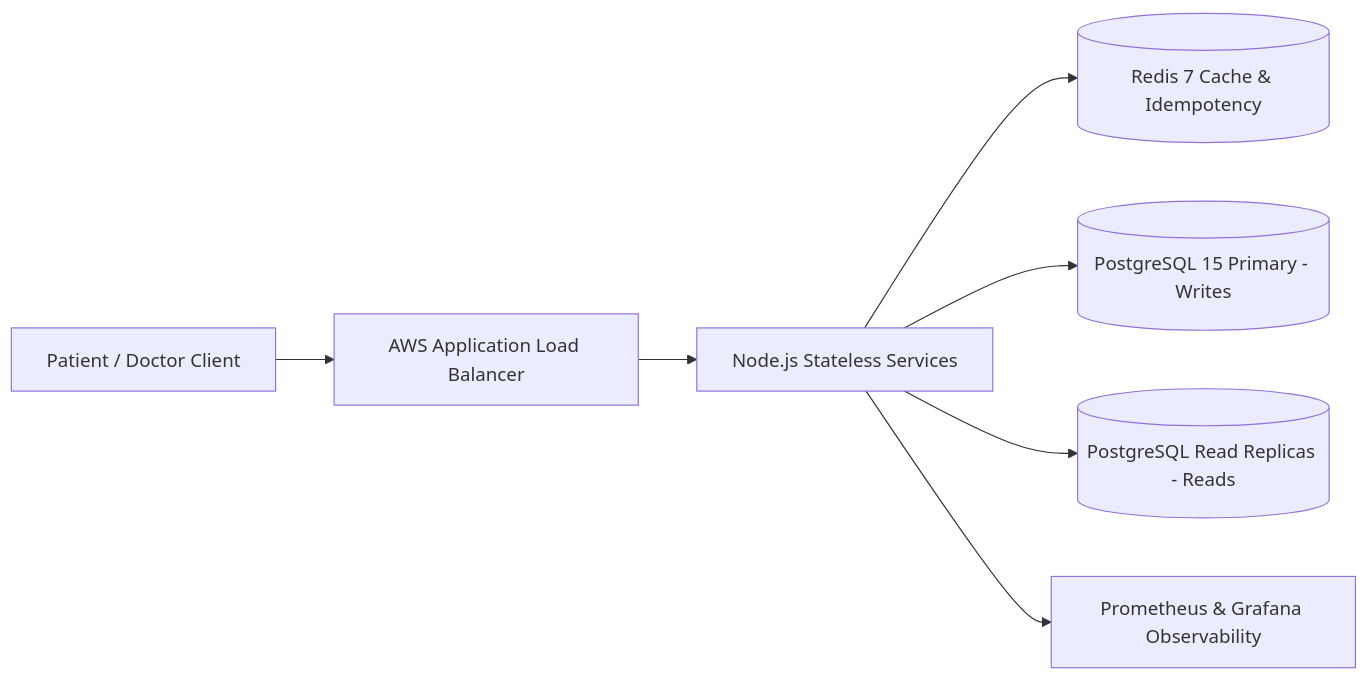
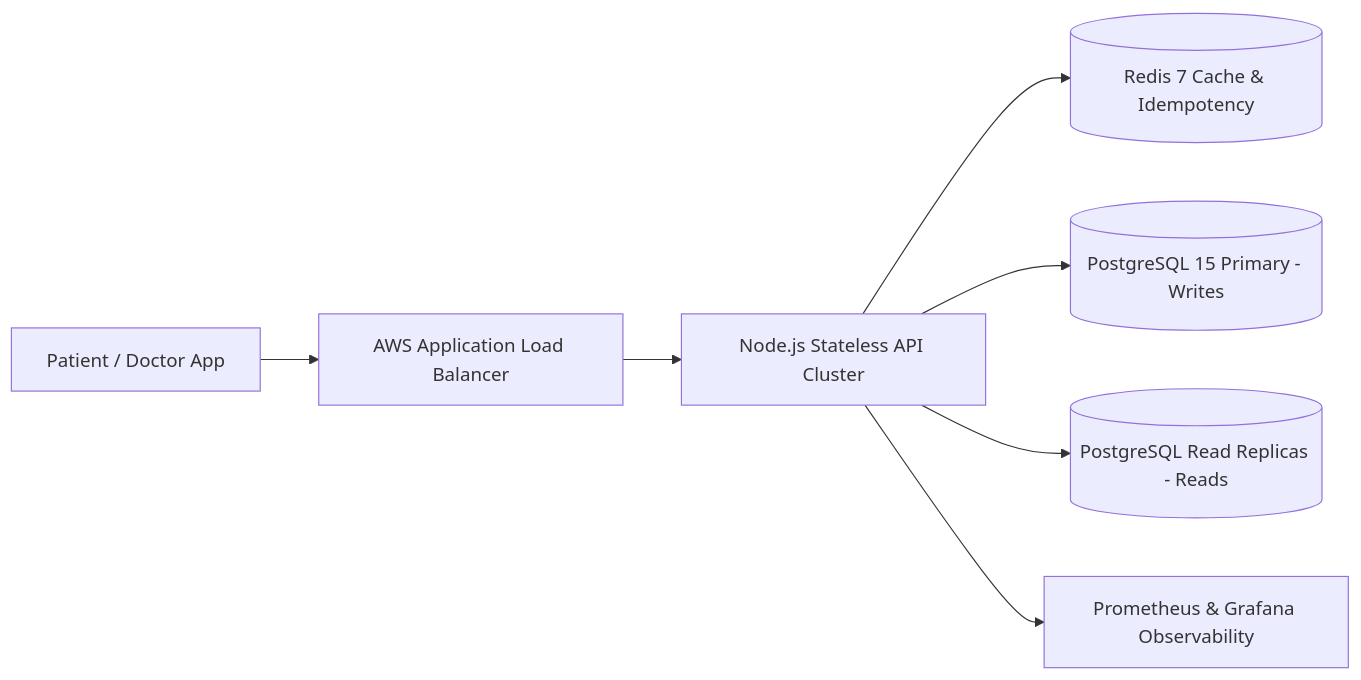
The first of 3 diagrams in docs/ARCHITECTURE.md (Harsh64041/amrutam-telemedicine-backend), drawn with Mermaid before and after one commit. The commit also changed other lines of this file and 1 other file, not shown here.

Commit message:
docs: complete production README, ARCHITECTURE, and SECURITY documentation

````diff
--- a/docs/ARCHITECTURE.md
+++ b/docs/ARCHITECTURE.md
@@ -10,9 +18,9 @@
 ```mermaid
 graph LR
-    Client[Patient / Doctor Client] --> ALB[AWS Application Load Balancer]
-    ALB --> API[Node.js Stateless Services]
+    Client[Patient / Doctor App] --> ALB[AWS Application Load Balancer]
+    ALB --> API[Node.js Stateless API Cluster]
     API --> Redis[(Redis 7 Cache & Idempotency)]
     API --> PG_Primary[(PostgreSQL 15 Primary - Writes)]
     API --> PG_Replica[(PostgreSQL Read Replicas - Reads)]
     API --> Prom[Prometheus & Grafana Observability]
 ```
````
